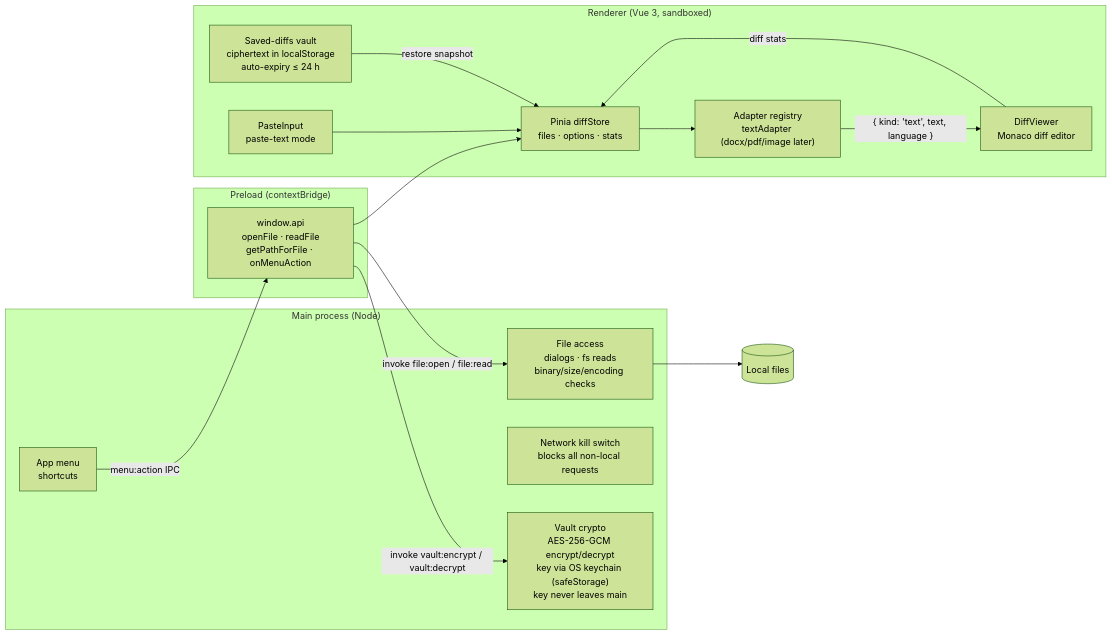
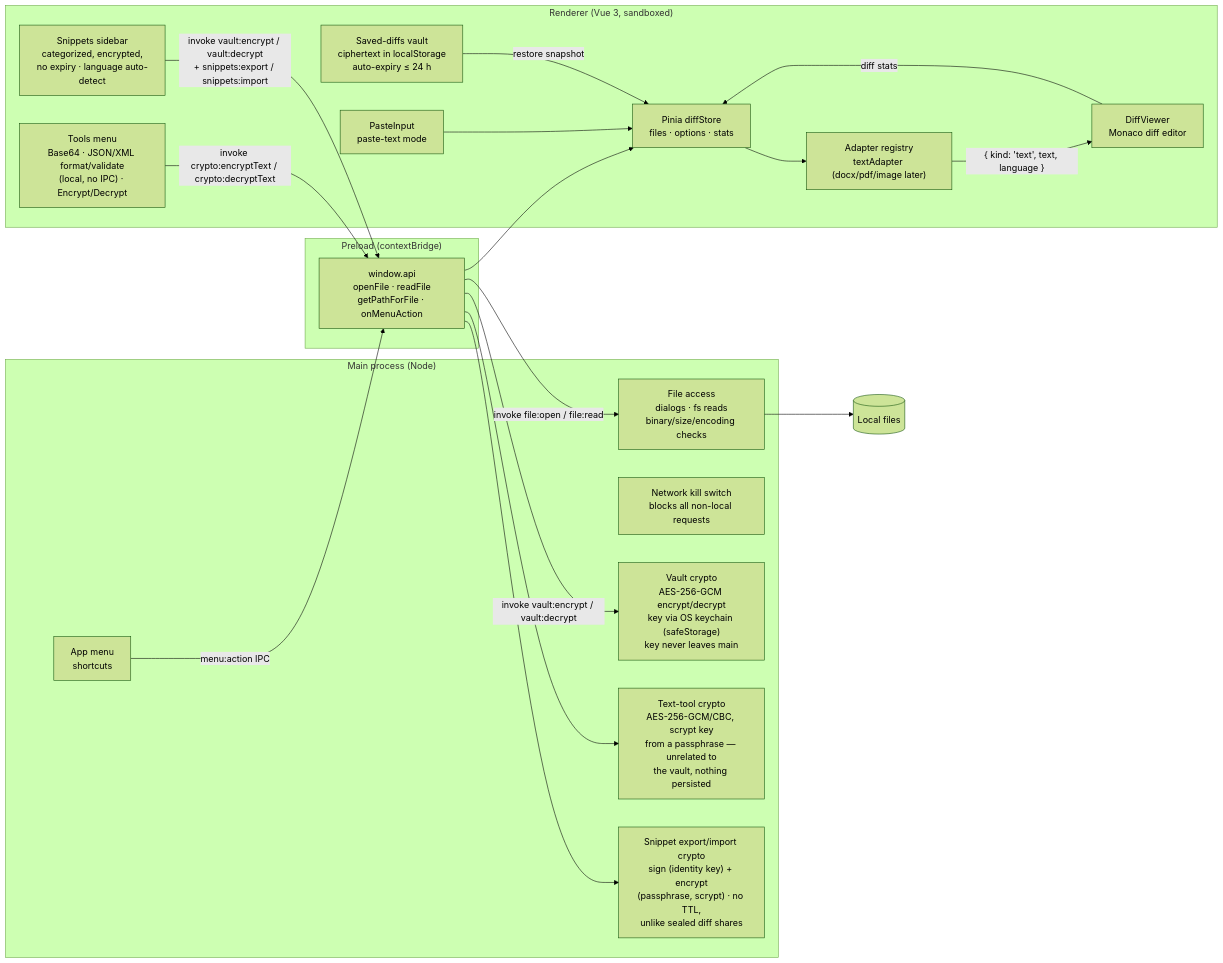
The diagram in README.md (mindaugaskasp/diff-bro), drawn with Mermaid (forest theme) before and after one commit. The commit also changed other lines of this file and 41 other files, not shown here.

````diff
--- a/README.md
+++ b/README.md
@@ -109,34 +137,42 @@
 ```mermaid
 flowchart LR
     subgraph main["Main process (Node)"]
         menu["App menu<br/>shortcuts"]
         fileio["File access<br/>dialogs · fs reads<br/>binary/size/encoding checks"]
         killswitch["Network kill switch<br/>blocks all non-local requests"]
         vaultkey["Vault crypto<br/>AES-256-GCM encrypt/decrypt<br/>key via OS keychain (safeStorage)<br/>key never leaves main"]
+        texttools["Text-tool crypto<br/>AES-256-GCM/CBC, scrypt key<br/>from a passphrase — unrelated to<br/>the vault, nothing persisted"]
+        snippetsealing["Snippet export/import crypto<br/>sign (identity key) + encrypt<br/>(passphrase, scrypt) · no TTL,<br/>unlike sealed diff shares"]
     end
 
     subgraph preload["Preload (contextBridge)"]
         api["window.api<br/>openFile · readFile<br/>getPathForFile · onMenuAction"]
     end
 
     subgraph renderer["Renderer (Vue 3, sandboxed)"]
         store["Pinia diffStore<br/>files · options · stats"]
         adapters["Adapter registry<br/>textAdapter (docx/pdf/image later)"]
         viewer["DiffViewer<br/>Monaco diff editor"]
         paste["PasteInput<br/>paste-text mode"]
         vault["Saved-diffs vault<br/>ciphertext in localStorage<br/>auto-expiry ≤ 24 h"]
+        tools["Tools menu<br/>Base64 · JSON/XML format/validate<br/>(local, no IPC) · Encrypt/Decrypt"]
+        snippets["Snippets sidebar<br/>categorized, encrypted,<br/>no expiry · language auto-detect"]
     end
 
     disk[("Local files")]
 
     menu -- "menu:action IPC" --> api
     api -- "invoke file:open / file:read" --> fileio
     fileio --> disk
     api --> store
     store --> adapters
     adapters -- "{ kind: 'text', text, language }" --> viewer
     paste --> store
     viewer -- "diff stats" --> store
     vault -- "restore snapshot" --> store
     api -- "invoke vault:encrypt / vault:decrypt" --> vaultkey
+    tools -- "invoke crypto:encryptText / crypto:decryptText" --> api
+    api --> texttools
+    snippets -- "invoke vault:encrypt / vault:decrypt<br/>+ snippets:export / snippets:import" --> api
+    api --> snippetsealing
 ```
````
